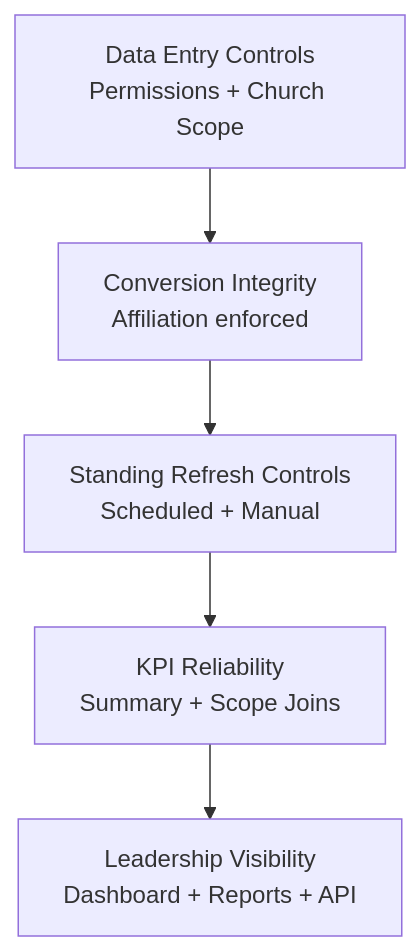
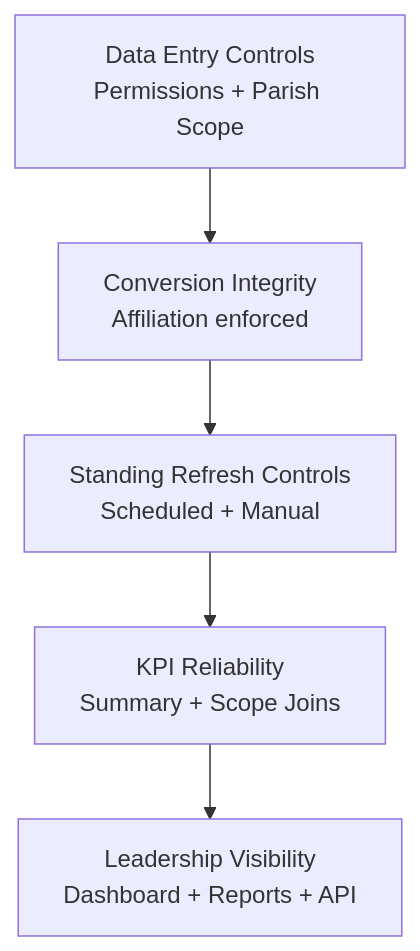
The eighth of 8 diagrams in docs/GUEST_REGISTRATION_TO_GOOD_STANDING_DIAGRAMS_2026-04-11.md (ekklesiaonline/ekklesiaONLINE), drawn with Mermaid before and after one commit. The commit also changed other lines of this file and 266 other files, not shown here.

First line of the commit message:
Project-wide terminology migration: church -> parish

````diff
--- a/docs/GUEST_REGISTRATION_TO_GOOD_STANDING_DIAGRAMS_2026-04-11.md
+++ b/docs/GUEST_REGISTRATION_TO_GOOD_STANDING_DIAGRAMS_2026-04-11.md
@@ -124,7 +124,7 @@
 ```mermaid
 flowchart TB
-    X1[Data Entry Controls\nPermissions + Church Scope] --> X2[Conversion Integrity\nAffiliation enforced]
+    X1[Data Entry Controls\nPermissions + Parish Scope] --> X2[Conversion Integrity\nAffiliation enforced]
     X2 --> X3[Standing Refresh Controls\nScheduled + Manual]
     X3 --> X4[KPI Reliability\nSummary + Scope Joins]
     X4 --> X5[Leadership Visibility\nDashboard + Reports + API]
 ```
````
